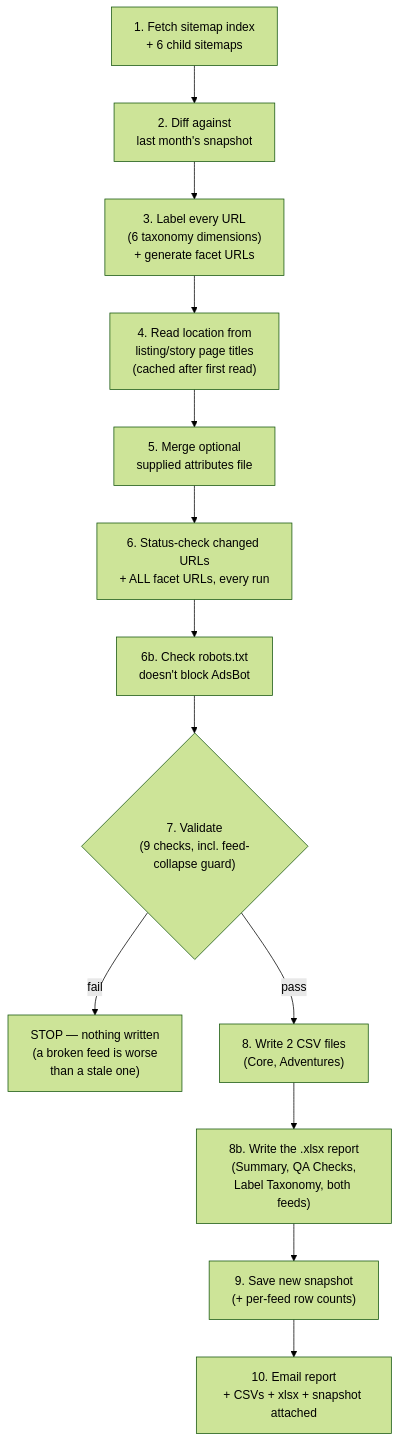
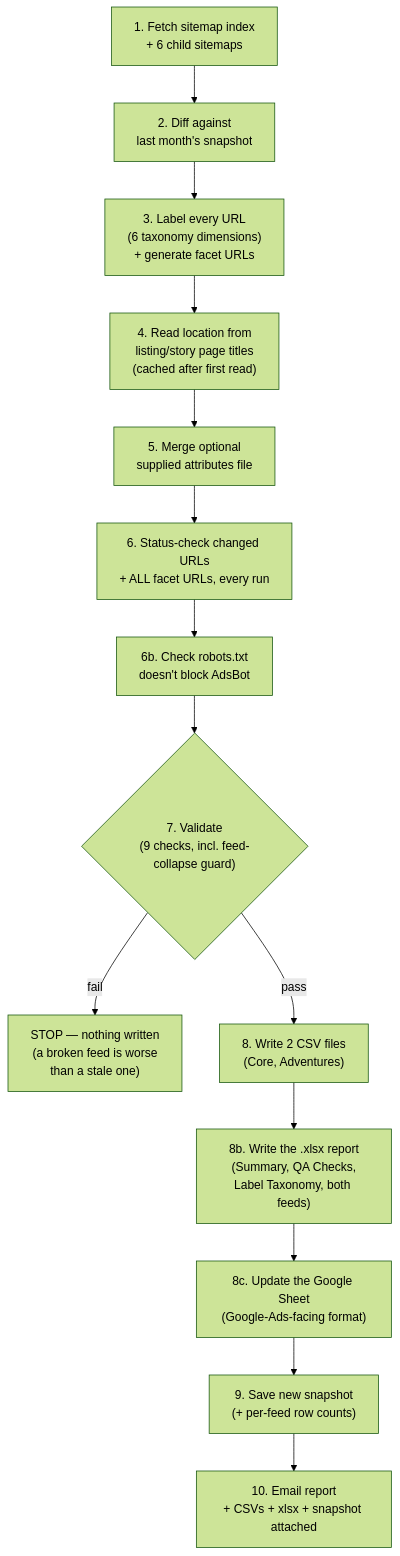
The first of 3 diagrams in PROJECT_STATUS.md (snr-growth/riparide-Page-Feeds-listings), drawn with Mermaid (forest theme) before and after one commit. The commit also changed other lines of this file and 11 other files, not shown here.

````diff
--- a/PROJECT_STATUS.md
+++ b/PROJECT_STATUS.md
@@ -46,15 +46,16 @@
 ```mermaid
 flowchart TD
     A["1. Fetch sitemap index\n+ 6 child sitemaps"] --> B["2. Diff against\nlast month's snapshot"]
     B --> C["3. Label every URL\n(6 taxonomy dimensions)\n+ generate facet URLs"]
     C --> D["4. Read location from\nlisting/story page titles\n(cached after first read)"]
     D --> E["5. Merge optional\nsupplied attributes file"]
     E --> F["6. Status-check changed URLs\n+ ALL facet URLs, every run"]
     F --> R["6b. Check robots.txt\ndoesn't block AdsBot"]
     R --> G{"7. Validate\n(9 checks, incl. feed-collapse guard)"}
     G -- fail --> H["STOP — nothing written\n(a broken feed is worse\nthan a stale one)"]
     G -- pass --> I["8. Write 2 CSV files\n(Core, Adventures)"]
     I --> X["8b. Write the .xlsx report\n(Summary, QA Checks,\nLabel Taxonomy, both feeds)"]
-    X --> J["9. Save new snapshot\n(+ per-feed row counts)"]
+    X --> S["8c. Update the Google Sheet\n(Google-Ads-facing format)"]
+    S --> J["9. Save new snapshot\n(+ per-feed row counts)"]
     J --> K["10. Email report\n+ CSVs + xlsx + snapshot attached"]
 ```
````
